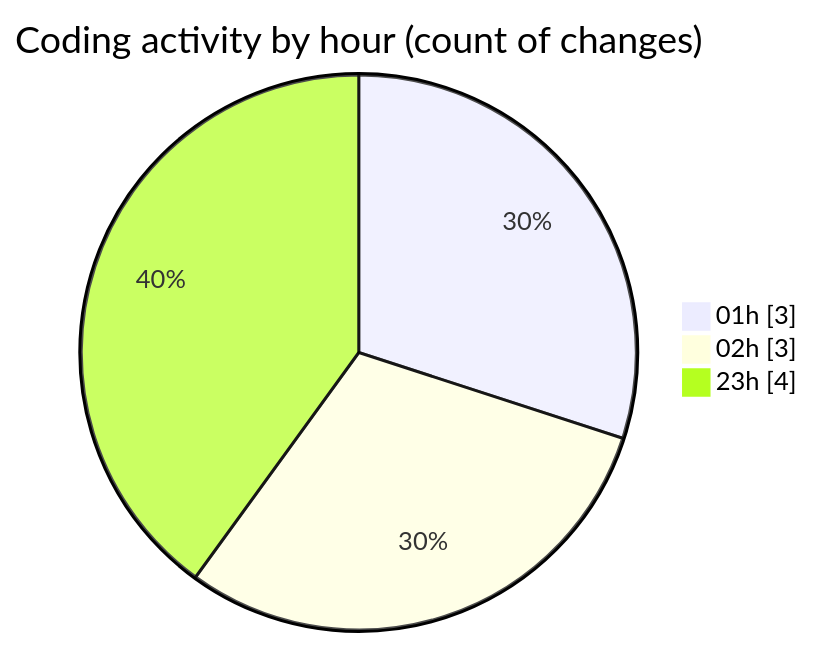
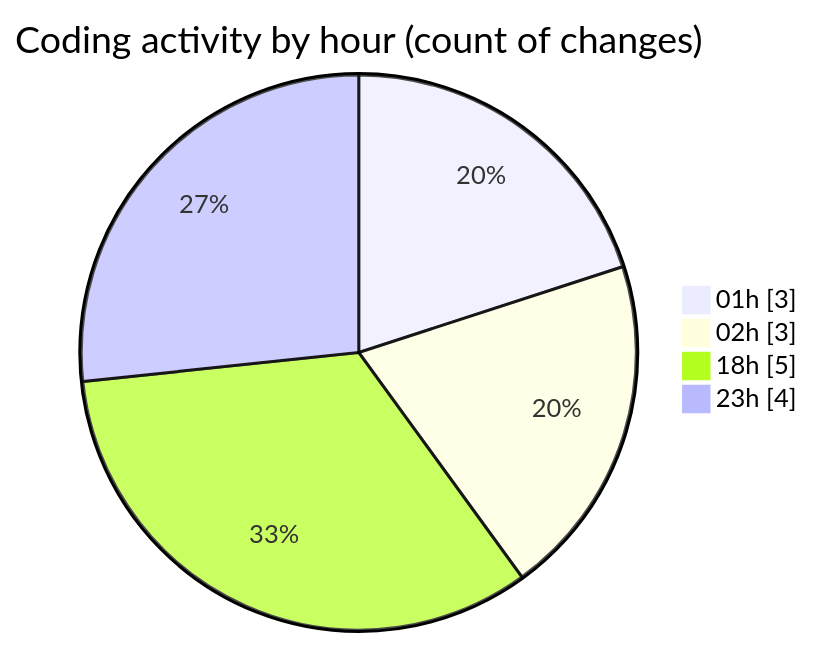
The second of 2 diagrams in 2025-09-08/quanlylink/README.md (lephambinh05/code-tracking), drawn with Mermaid before and after one commit. The commit also changed other lines of this file and 1 other file, not shown here.

````diff
--- a/2025-09-08/quanlylink/README.md
+++ b/2025-09-08/quanlylink/README.md
@@ -36,7 +42,8 @@
 ```mermaid
 pie showData
 title Coding activity by hour (count of changes)
 "01h" : 3
 "02h" : 3
+"18h" : 5
 "23h" : 4
 ```
````
